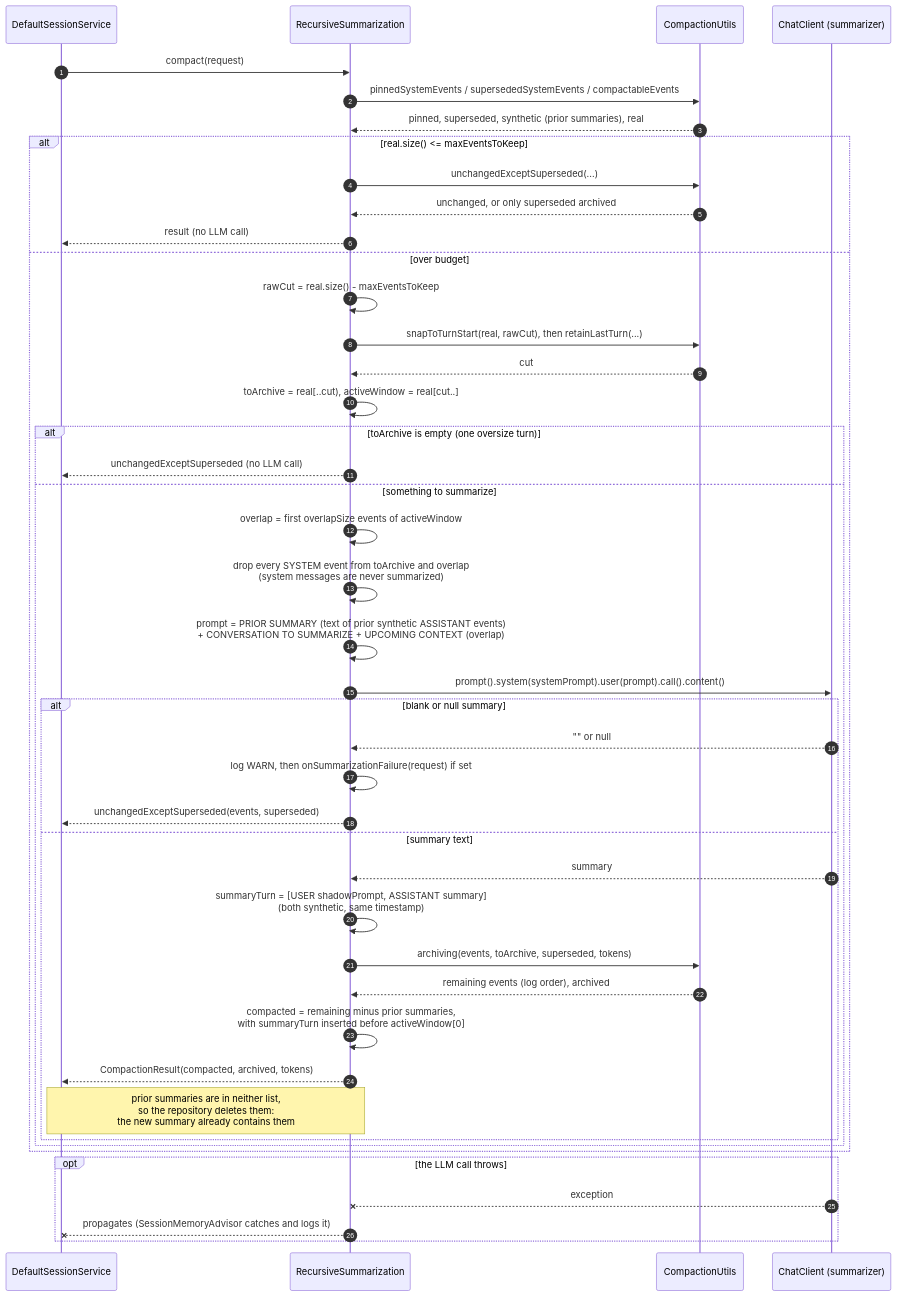
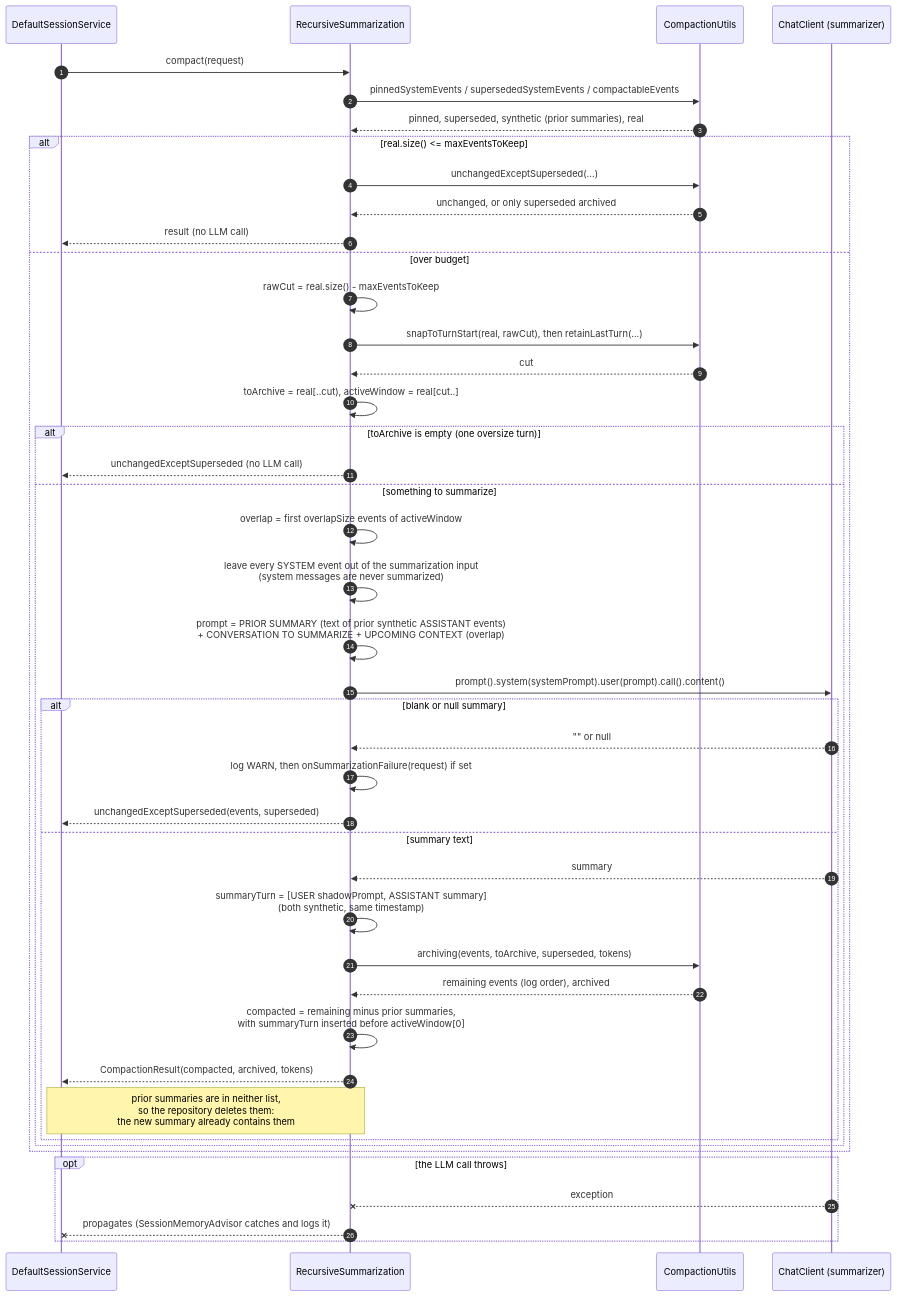
The sixth of 7 diagrams in docs/session-management/compaction-internals.md (spring-ai-community/spring-ai-session), drawn with Mermaid before and after one commit. The commit also changed other lines of this file, not shown here.

````diff
--- a/docs/session-management/compaction-internals.md
+++ b/docs/session-management/compaction-internals.md
@@ -301,47 +315,47 @@
 ```mermaid
 sequenceDiagram
     autonumber
     participant Caller as DefaultSessionService
     participant R as RecursiveSummarization
     participant U as CompactionUtils
     participant LLM as ChatClient (summarizer)
 
     Caller->>R: compact(request)
     R->>U: pinnedSystemEvents / supersededSystemEvents / compactableEvents
     U-->>R: pinned, superseded, synthetic (prior summaries), real
     alt real.size() <= maxEventsToKeep
         R->>U: unchangedExceptSuperseded(...)
         U-->>R: unchanged, or only superseded archived
         R-->>Caller: result (no LLM call)
     else over budget
         R->>R: rawCut = real.size() - maxEventsToKeep
         R->>U: snapToTurnStart(real, rawCut), then retainLastTurn(...)
         U-->>R: cut
         R->>R: toArchive = real[..cut), activeWindow = real[cut..]
         alt toArchive is empty (one oversize turn)
             R-->>Caller: unchangedExceptSuperseded (no LLM call)
         else something to summarize
             R->>R: overlap = first overlapSize events of activeWindow
-            R->>R: drop every SYSTEM event from toArchive and overlap<br/>(system messages are never summarized)
+            R->>R: leave every SYSTEM event out of the summarization input<br/>(system messages are never summarized)
             R->>R: prompt = PRIOR SUMMARY (text of prior synthetic ASSISTANT events)<br/>+ CONVERSATION TO SUMMARIZE + UPCOMING CONTEXT (overlap)
             R->>LLM: prompt().system(systemPrompt).user(prompt).call().content()
             alt blank or null summary
                 LLM-->>R: "" or null
                 R->>R: log WARN, then onSummarizationFailure(request) if set
                 R-->>Caller: unchangedExceptSuperseded(events, superseded)
             else summary text
                 LLM-->>R: summary
                 R->>R: summaryTurn = [USER shadowPrompt, ASSISTANT summary]<br/>(both synthetic, same timestamp)
                 R->>U: archiving(events, toArchive, superseded, tokens)
                 U-->>R: remaining events (log order), archived
                 R->>R: compacted = remaining minus prior summaries,<br/>with summaryTurn inserted before activeWindow[0]
                 R-->>Caller: CompactionResult(compacted, archived, tokens)
                 Note over R,Caller: prior summaries are in neither list,<br/>so the repository deletes them:<br/>the new summary already contains them
             end
         end
     end
     opt the LLM call throws
         LLM--xR: exception
         R--xCaller: propagates (SessionMemoryAdvisor catches and logs it)
     end
 ```
````
